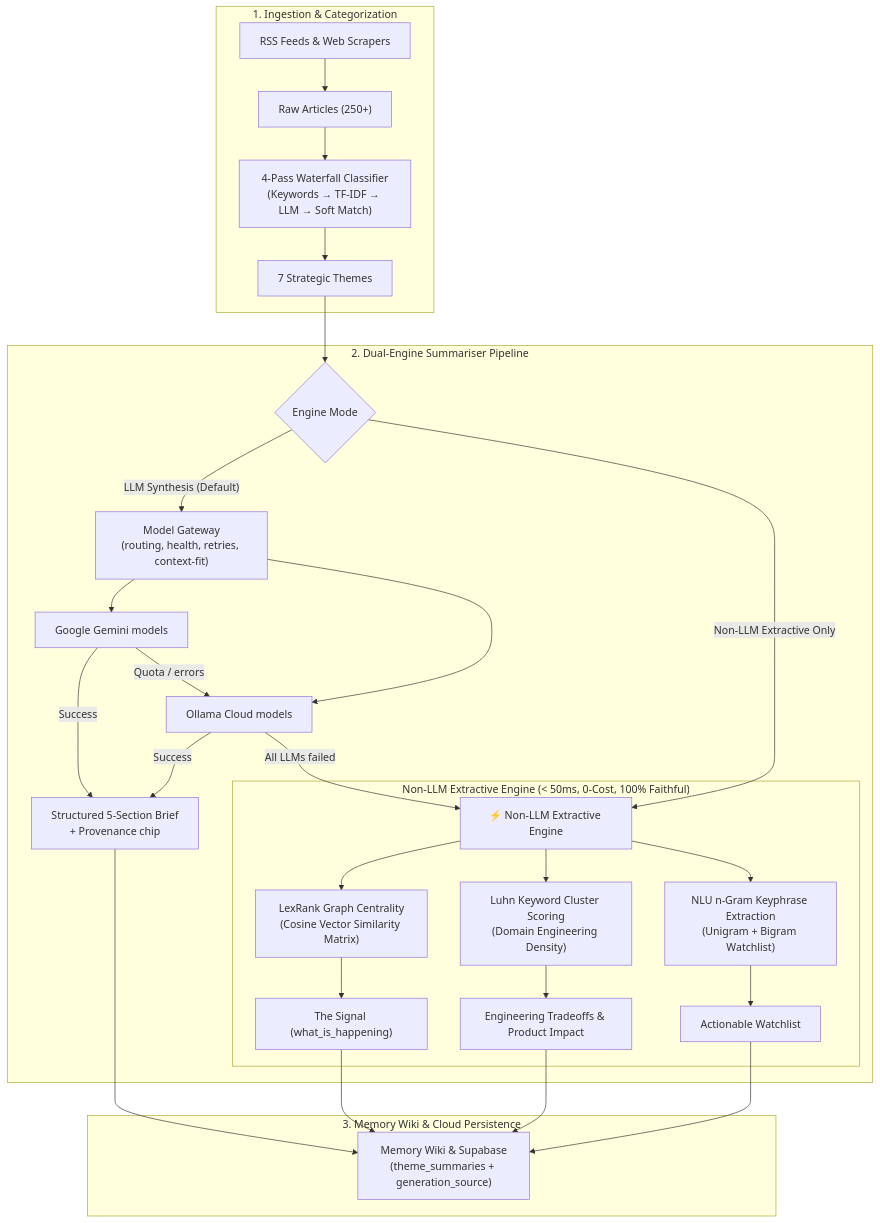
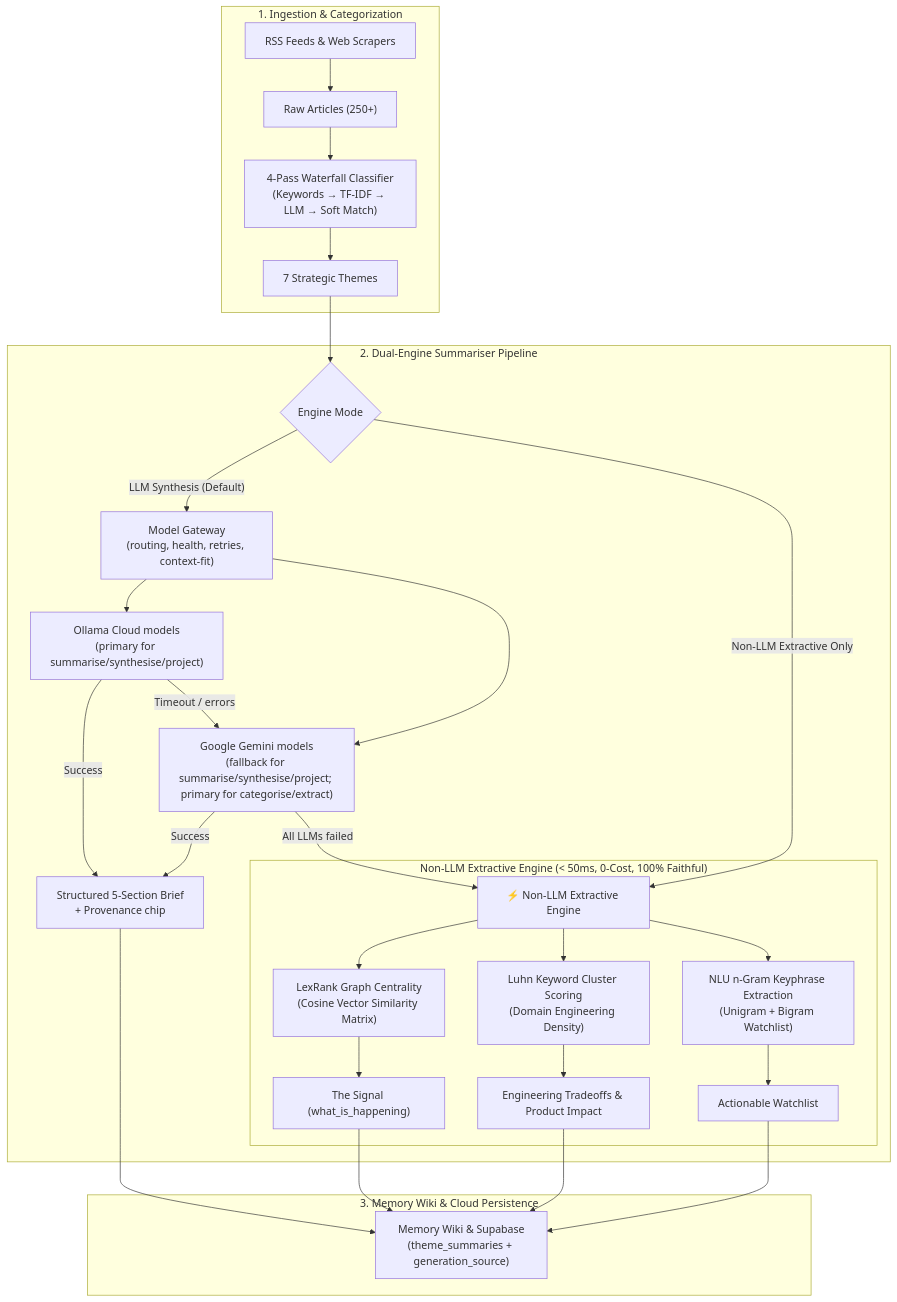
Before and after one commit to yanchangchen/ai-pulse: the diagram in README.md, drawn with Mermaid. The commit also changed other lines of this file, not shown here.

First line of the commit message:
docs(readme): update for deterministic classification, keyword auto-improvement, and Ollama-primary routing

````diff
--- a/README.md
+++ b/README.md
@@ -78,39 +94,39 @@
 ```mermaid
 flowchart TD
     subgraph Ingestion ["1. Ingestion & Categorization"]
         RSS["RSS Feeds & Web Scrapers"] --> Ingest["Raw Articles (250+)"]
         Ingest --> Classifier["4-Pass Waterfall Classifier\n(Keywords → TF-IDF → LLM → Soft Match)"]
         Classifier --> Themed["7 Strategic Themes"]
     end
 
     subgraph Summariser ["2. Dual-Engine Summariser Pipeline"]
         Themed --> ModeCheck{"Engine Mode"}
 
         ModeCheck -- "LLM Synthesis (Default)" --> Gateway["Model Gateway\n(routing, health, retries, context-fit)"]
-        Gateway --> Gemini["Google Gemini models"]
-        Gateway --> Ollama["Ollama Cloud models"]
-        Gemini -- "Success" --> StructOut["Structured 5-Section Brief\n+ Provenance chip"]
-        Ollama -- "Success" --> StructOut
-        Gemini -- "Quota / errors" --> Ollama
-        Ollama -- "All LLMs failed" --> NonLLMFallback["⚡ Non-LLM Extractive Engine"]
+        Gateway --> Ollama["Ollama Cloud models\n(primary for summarise/synthesise/project)"]
+        Gateway --> Gemini["Google Gemini models\n(fallback for summarise/synthesise/project; primary for categorise/extract)"]
+        Ollama -- "Success" --> StructOut["Structured 5-Section Brief\n+ Provenance chip"]
+        Gemini -- "Success" --> StructOut
+        Ollama -- "Timeout / errors" --> Gemini
+        Gemini -- "All LLMs failed" --> NonLLMFallback["⚡ Non-LLM Extractive Engine"]
 
         ModeCheck -- "Non-LLM Extractive Only" --> NonLLMFallback
 
         subgraph NonLLMEngine ["Non-LLM Extractive Engine (< 50ms, 0-Cost, 100% Faithful)"]
             NonLLMFallback --> LexRank["LexRank Graph Centrality\n(Cosine Vector Similarity Matrix)"]
             NonLLMFallback --> Luhn["Luhn Keyword Cluster Scoring\n(Domain Engineering Density)"]
             NonLLMFallback --> Keyphrase["NLU n-Gram Keyphrase Extraction\n(Unigram + Bigram Watchlist)"]
 
             LexRank --> Signal["The Signal (what_is_happening)"]
             Luhn --> TechTradeoffs["Engineering Tradeoffs & Product Impact"]
             Keyphrase --> Watchlist["Actionable Watchlist"]
         end
     end
 
     subgraph Storage ["3. Memory Wiki & Cloud Persistence"]
         StructOut --> Wiki["Memory Wiki & Supabase\n(theme_summaries + generation_source)"]
         Signal --> Wiki
         TechTradeoffs --> Wiki
         Watchlist --> Wiki
     end
 ```
````
